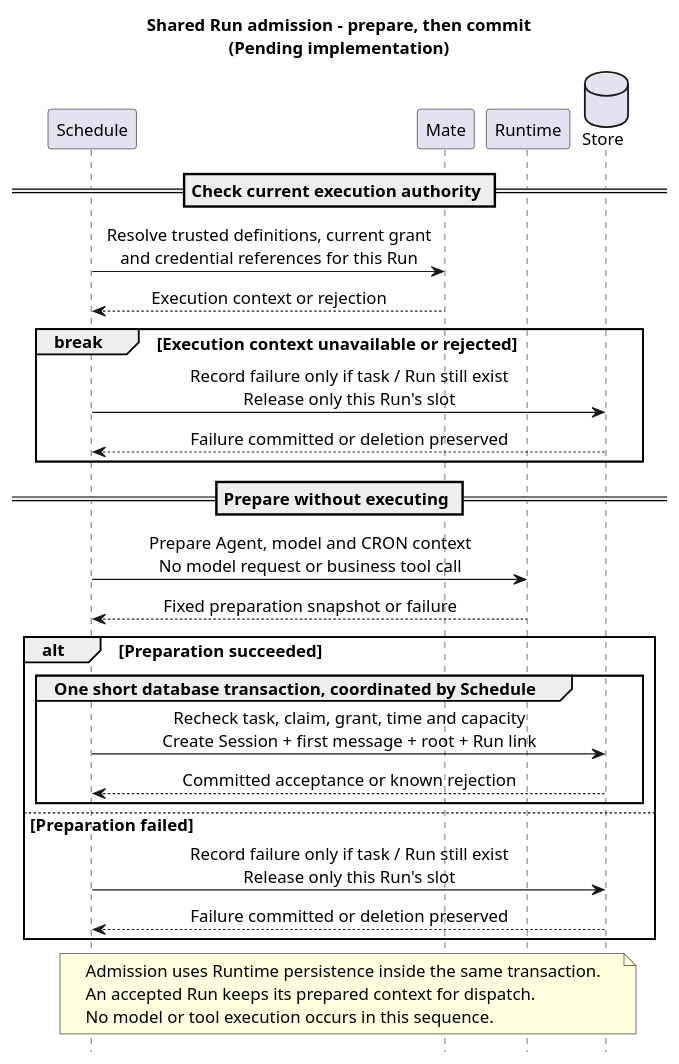
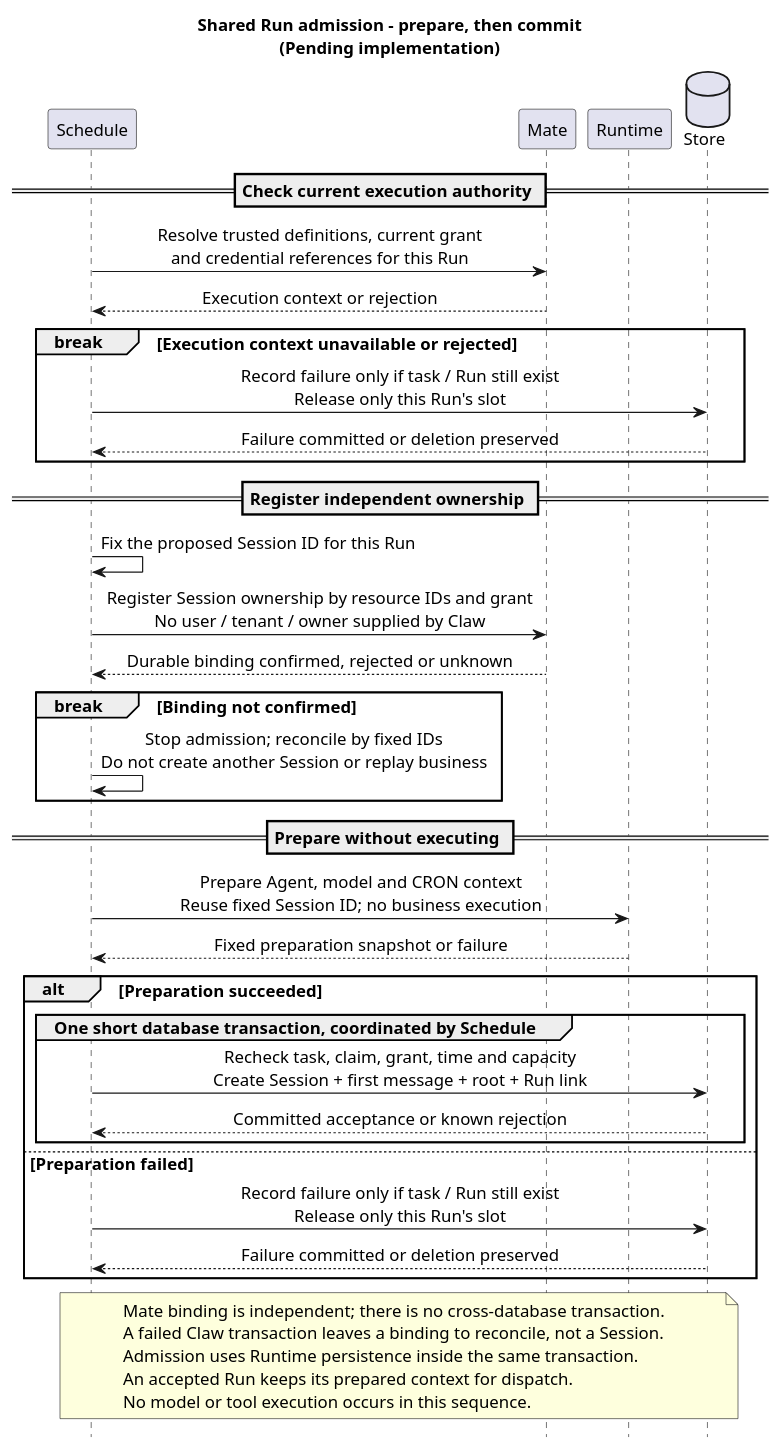
One commit to ssm0808/pi-mono-java-design changed the fifth of 5 diagrams in 01-总体架构/08-CampusClaw定时任务/diagram.puml. Above: the diagram before and after it, drawn with PlantUML. The commit also changed other lines of this file and 17 other files, not shown here.

Commit message:
docs(architecture): 将会话归属与权限统一交由 Mate 维护

```diff
--- a/01-总体架构/08-CampusClaw定时任务/diagram.puml
+++ b/01-总体架构/08-CampusClaw定时任务/diagram.puml
@@ -220,42 +222,54 @@
 @startuml schedule_run_admission
 ' Java baseline: 553dcd5e2ff682f9684810a043b442b37a02e54a; main fetched 2026-10-08 (unchanged).
 ' Source: modules/coding-agent-cli/src/main/java/com/campusclaw/codingagent/session/AgentSessionFactory.java create.
 ' Source: modules/coding-agent-cli/src/main/java/com/campusclaw/codingagent/runtimeapi/event/RuntimeMessageEventService.java submitLocked.
 ' Source: modules/coding-agent-cli/src/main/java/com/campusclaw/codingagent/runtimeapi/persistence/RuntimeExecutionPersistenceService.java acceptMessage.
 ' Presentation: Schedule coordinates the transaction; Runtime provides preparation and persistence capabilities.
 ' Design reason: remote grant checks finish before the short acceptance transaction.
+' PR evidence: e9d31e8888a81b7fe95071e705482bb16fa10476, fetched 2026-10-10.
+' Source: modules/coding-agent-cli/src/main/java/com/campusclaw/codingagent/runtimeapi/schedule/ScheduledRuntimeAdmissionService.java newSession and encodeContext.
+' Java divergence: remove Claw user references; Mate ownership registration is Pending implementation.
 ' Target: Pending implementation; a reserved Run enters, a known admission result leaves; no execution here.
 title Shared Run admission - prepare, then commit\n(Pending implementation)
 hide footbox
 skinparam backgroundColor white
 skinparam defaultFontSize 14
 skinparam sequenceMessageAlign center
 participant Schedule
 participant Mate
 participant Runtime
 database Store
 == Check current execution authority ==
 Schedule -> Mate : Resolve trusted definitions, current grant\nand credential references for this Run
 Mate --> Schedule : Execution context or rejection
 break Execution context unavailable or rejected
   Schedule -> Store : Record failure only if task / Run still exist\nRelease only this Run's slot
   Store --> Schedule : Failure committed or deletion preserved
 end
+== Register independent ownership ==
+Schedule -> Schedule : Fix the proposed Session ID for this Run
+Schedule -> Mate : Register Session ownership by resource IDs and grant\nNo user / tenant / owner supplied by Claw
+Mate --> Schedule : Durable binding confirmed, rejected or unknown
+break Binding not confirmed
+  Schedule -> Schedule : Stop admission; reconcile by fixed IDs\nDo not create another Session or replay business
+end
 == Prepare without executing ==
-Schedule -> Runtime : Prepare Agent, model and CRON context\nNo model request or business tool call
+Schedule -> Runtime : Prepare Agent, model and CRON context\nReuse fixed Session ID; no business execution
 Runtime --> Schedule : Fixed preparation snapshot or failure
 alt Preparation succeeded
   group One short database transaction, coordinated by Schedule
     Schedule -> Store : Recheck task, claim, grant, time and capacity\nCreate Session + first message + root + Run link
     Store --> Schedule : Committed acceptance or known rejection
   end
 else Preparation failed
   Schedule -> Store : Record failure only if task / Run still exist\nRelease only this Run's slot
   Store --> Schedule : Failure committed or deletion preserved
 end
 note over Schedule, Store
+  Mate binding is independent; there is no cross-database transaction.
+  A failed Claw transaction leaves a binding to reconcile, not a Session.
   Admission uses Runtime persistence inside the same transaction.
   An accepted Run keeps its prepared context for dispatch.
   No model or tool execution occurs in this sequence.
 end note
 @enduml
```
